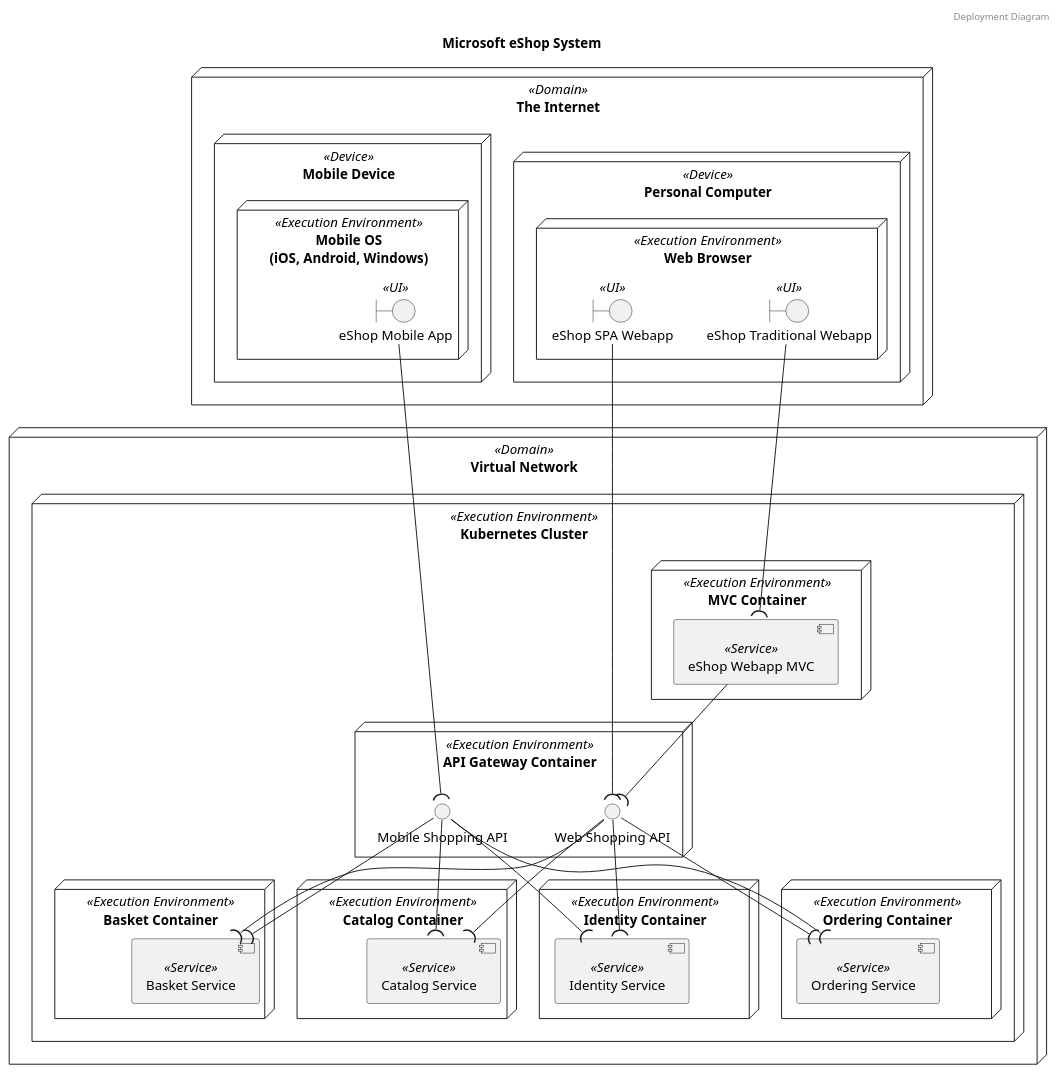
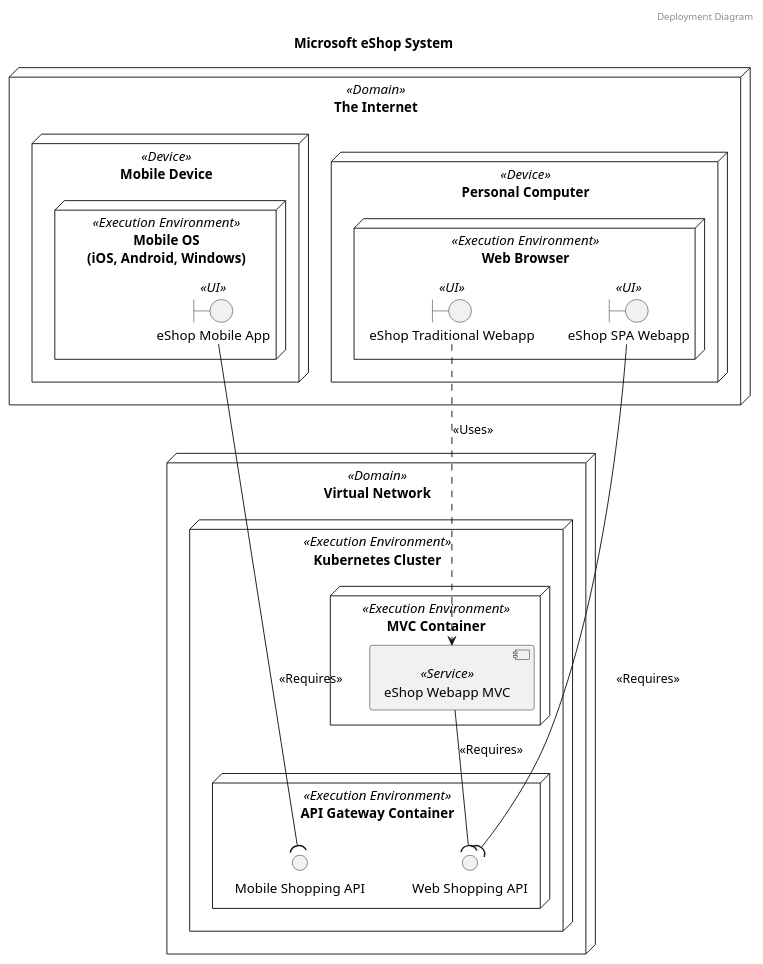
Before and after one commit to garrettsutula/example-trellis-project: the second of 3 diagrams in diagrams/systems/Microsoft_eShop_System.puml, drawn with PlantUML. The commit also changed other lines of this file and 29 other files, not shown here.

Commit message:
Update deps, diagram examples

```diff
--- a/diagrams/systems/Microsoft_eShop_System.puml
+++ b/diagrams/systems/Microsoft_eShop_System.puml
@@ -33,52 +25,33 @@
 @startuml Deployment Diagram Microsoft eShop System
 header Deployment Diagram
 title Microsoft eShop System
 node "The Internet" as The_Internet <<Domain>> {
 	node "Mobile Device" as Mobile_Device <<Device>> {
 		node "Mobile OS\n(iOS, Android, Windows)" as Mobile_OSiOS_Android_Windows <<Execution Environment>> {
-			boundary "eShop Mobile App" as eShop_Mobile_App <<UI>>
+			boundary "eShop Mobile App" as Microsoft_eShop_System_eShop_Mobile_App <<UI>>
 		}
 	}
 	node "Personal Computer" as Personal_Computer <<Device>> {
 		node "Web Browser" as Web_Browser <<Execution Environment>> {
-			boundary "eShop SPA Webapp" as eShop_SPA_Webapp <<UI>>
-			boundary "eShop Traditional Webapp" as eShop_Traditional_Webapp <<UI>>
+			boundary "eShop SPA Webapp" as Microsoft_eShop_System_eShop_SPA_Webapp <<UI>>
+			boundary "eShop Traditional Webapp" as Microsoft_eShop_System_eShop_Traditional_Webapp <<UI>>
 		}
 	}
 }
 node "Virtual Network" as Virtual_Network <<Domain>> {
 	node "Kubernetes Cluster" as Kubernetes_Cluster <<Execution Environment>> {
 		node "API Gateway Container" as API_Gateway_Container <<Execution Environment>> {
-			interface "Mobile Shopping API" as Mobile_Shopping_API
-			interface "Web Shopping API" as Web_Shopping_API
+			interface "Mobile Shopping API" as Microsoft_eShop_System_Mobile_Shopping_API
+			interface "Web Shopping API" as Microsoft_eShop_System_Web_Shopping_API
 		}
-		node "Basket Container" as Basket_Container <<Execution Environment>> {
-			component "Basket Service" as Basket_Service <<Service>>
-		}
-		node "Catalog Container" as Catalog_Container <<Execution Environment>> {
-			component "Catalog Service" as Catalog_Service <<Service>>
-		}
-		node "Identity Container" as Identity_Container <<Execution Environment>> {
-			component "Identity Service" as Identity_Service <<Service>>
-		}
-		node "Ordering Container" as Ordering_Container <<Execution Environment>> {
-			component "Ordering Service" as Ordering_Service <<Service>>
-		}
-		node "MVC Container" as MVC_Container <<Execution Environment>> {
-			component "eShop Webapp MVC" as eShop_Webapp_MVC <<Service>>
+		node "MVC Container" as Microsoft_eShop_System_MVC_Container <<Execution Environment>> {
+			component "eShop Webapp MVC" as Microsoft_eShop_System_eShop_Webapp_MVC <<Service>> {
+			}
 		}
 	}
 }
-	eShop_Mobile_App -down-( Mobile_Shopping_API
-	eShop_Traditional_Webapp -down-( eShop_Webapp_MVC
-	eShop_Webapp_MVC -down-( Web_Shopping_API
-	eShop_SPA_Webapp -down-( Web_Shopping_API
-	Mobile_Shopping_API -down-( Identity_Service
-	Mobile_Shopping_API -down-( Catalog_Service
-	Mobile_Shopping_API -down-( Ordering_Service
-	Mobile_Shopping_API -down-( Basket_Service
-	Web_Shopping_API -down-( Identity_Service
-	Web_Shopping_API -down-( Catalog_Service
-	Web_Shopping_API -down-( Ordering_Service
-	Web_Shopping_API -down-( Basket_Service
+	Microsoft_eShop_System_eShop_Mobile_App -down-( Microsoft_eShop_System_Mobile_Shopping_API: <<Requires>>
+	Microsoft_eShop_System_eShop_Traditional_Webapp .down-> Microsoft_eShop_System_eShop_Webapp_MVC: <<Uses>>
+	Microsoft_eShop_System_eShop_Webapp_MVC -down-( Microsoft_eShop_System_Web_Shopping_API: <<Requires>>
+	Microsoft_eShop_System_eShop_SPA_Webapp -down-( Microsoft_eShop_System_Web_Shopping_API: <<Requires>>
 @enduml
```
